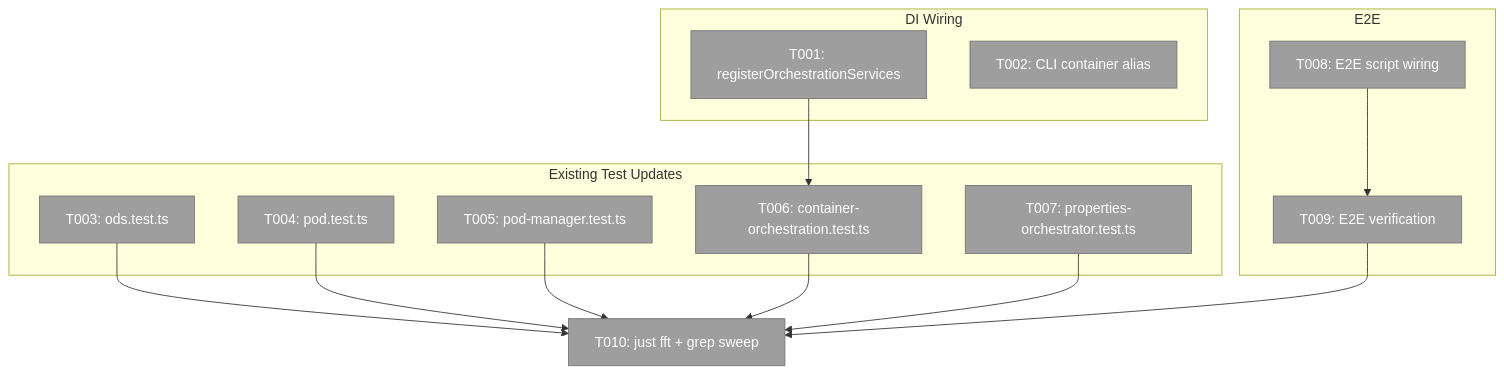
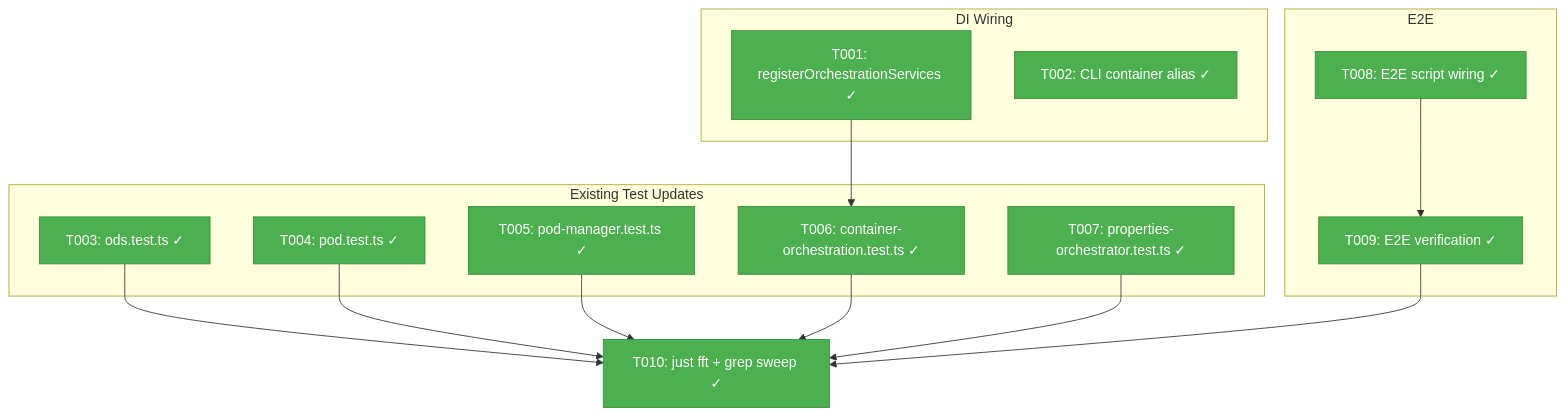
Before and after one commit to AI-Substrate/chainglass: the diagram in docs/plans/035-agent-orchestration-wiring/tasks/phase-3-di-container-and-existing-test-updates/tasks.md, drawn with Mermaid. The commit also changed other lines of this file and 2 other files, not shown here.

````diff
--- a/docs/plans/035-agent-orchestration-wiring/tasks/phase-3-di-container-and-existing-test-updates/tasks.md
+++ b/docs/plans/035-agent-orchestration-wiring/tasks/phase-3-di-container-and-existing-test-updates/tasks.md
@@ -89,36 +89,36 @@
 ```mermaid
 flowchart TD
     classDef pending fill:#9E9E9E,stroke:#757575,color:#fff
     classDef inprogress fill:#FF9800,stroke:#F57C00,color:#fff
     classDef completed fill:#4CAF50,stroke:#388E3C,color:#fff
     classDef blocked fill:#F44336,stroke:#D32F2F,color:#fff
 
     subgraph DI["DI Wiring"]
-        T001["T001: registerOrchestrationServices"]:::pending
-        T002["T002: CLI container alias"]:::pending
+        T001["T001: registerOrchestrationServices ✓"]:::completed
+        T002["T002: CLI container alias ✓"]:::completed
     end
 
     subgraph Tests["Existing Test Updates"]
-        T003["T003: ods.test.ts"]:::pending
-        T004["T004: pod.test.ts"]:::pending
-        T005["T005: pod-manager.test.ts"]:::pending
-        T006["T006: container-orchestration.test.ts"]:::pending
-        T007["T007: properties-orchestrator.test.ts"]:::pending
+        T003["T003: ods.test.ts ✓"]:::completed
+        T004["T004: pod.test.ts ✓"]:::completed
+        T005["T005: pod-manager.test.ts ✓"]:::completed
+        T006["T006: container-orchestration.test.ts ✓"]:::completed
+        T007["T007: properties-orchestrator.test.ts ✓"]:::completed
     end
 
     subgraph E2E["E2E"]
-        T008["T008: E2E script wiring"]:::pending
-        T009["T009: E2E verification"]:::pending
+        T008["T008: E2E script wiring ✓"]:::completed
+        T009["T009: E2E verification ✓"]:::completed
     end
 
-    T010["T010: just fft + grep sweep"]:::pending
+    T010["T010: just fft + grep sweep ✓"]:::completed
 
     T001 --> T006
     T003 --> T010
     T004 --> T010
     T005 --> T010
     T006 --> T010
     T007 --> T010
     T008 --> T009
     T009 --> T010
 ```
````
